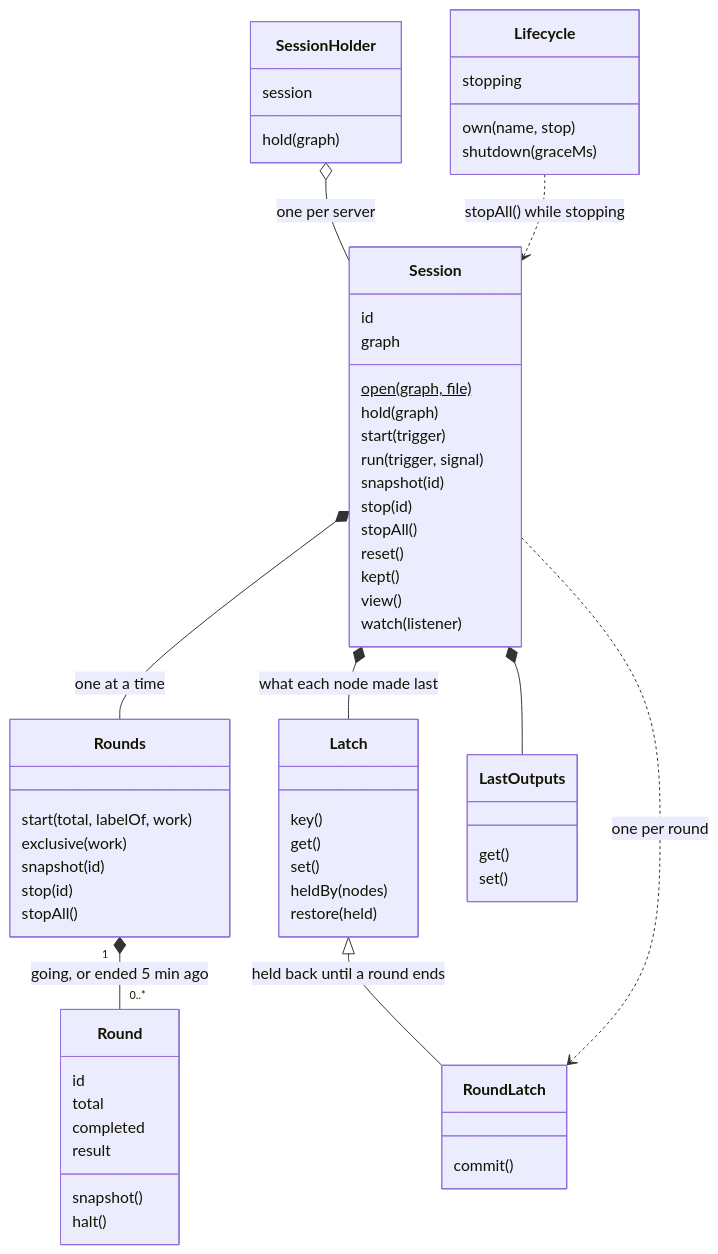
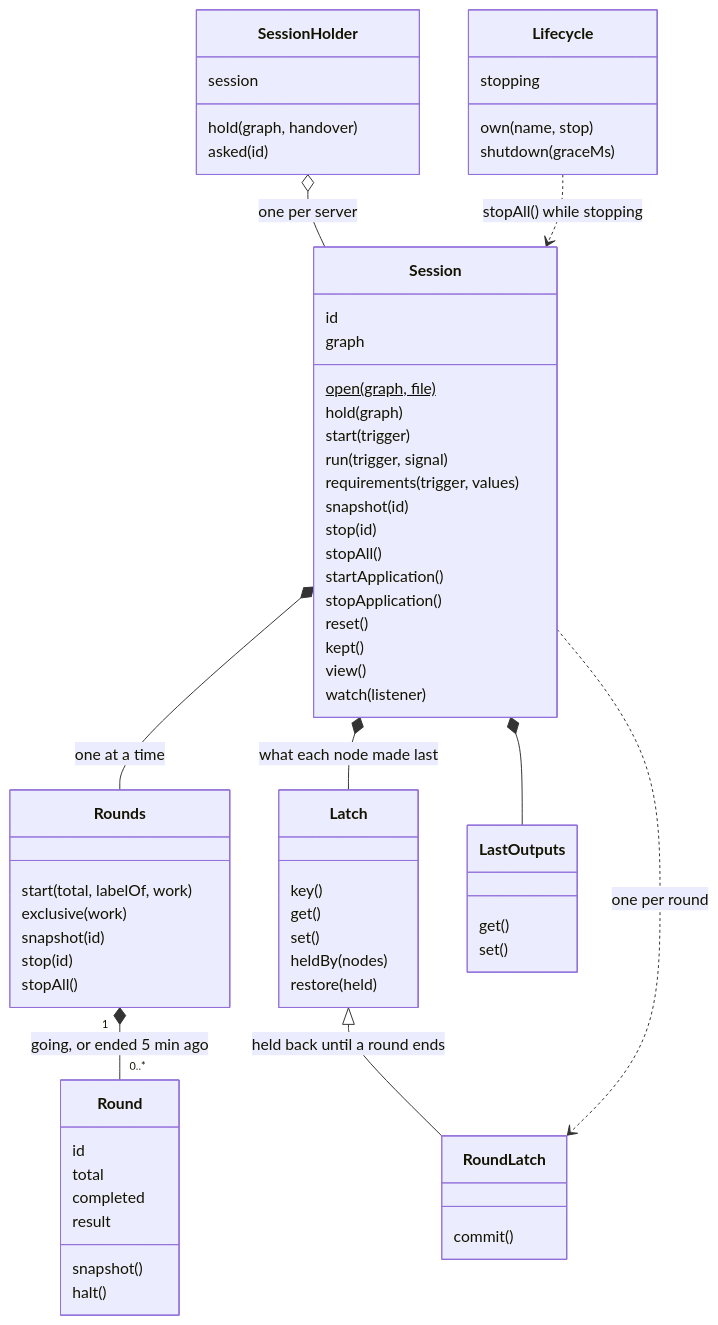
One commit to Archimedes79/AI_Graph changed the sixth of 8 diagrams in arch/overview.md. Above: the diagram before and after it, drawn with Mermaid. The commit also changed other lines of this file and 60 other files, not shown here.

````diff
--- a/arch/overview.md
+++ b/arch/overview.md
@@ -331,64 +331,68 @@
 ```mermaid
 classDiagram
   class Lifecycle {
     own(name, stop)
     shutdown(graceMs)
     stopping
   }
   class SessionHolder {
     session
-    hold(graph)
+    hold(graph, handover)
+    asked(id)
   }
   class Session {
     id
     graph
     open(graph, file)$
     hold(graph)
     start(trigger)
     run(trigger, signal)
+    requirements(trigger, values)
     snapshot(id)
     stop(id)
     stopAll()
+    startApplication()
+    stopApplication()
     reset()
     kept()
     view()
     watch(listener)
   }
   class Rounds {
     start(total, labelOf, work)
     exclusive(work)
     snapshot(id)
     stop(id)
     stopAll()
   }
   class Round {
     id
     total
     completed
     result
     snapshot()
     halt()
   }
   class Latch {
     key()
     get()
     set()
     heldBy(nodes)
     restore(held)
   }
   class RoundLatch {
     commit()
   }
   class LastOutputs {
     get()
     set()
   }
   SessionHolder o-- Session : one per server
   Session *-- Rounds : one at a time
   Rounds "1" *-- "0..*" Round : going, or ended 5 min ago
   Session *-- Latch : what each node made last
   Session *-- LastOutputs
   Latch <|-- RoundLatch : held back until a round ends
   Session ..> RoundLatch : one per round
   Lifecycle ..> Session : stopAll() while stopping
 ```
````
